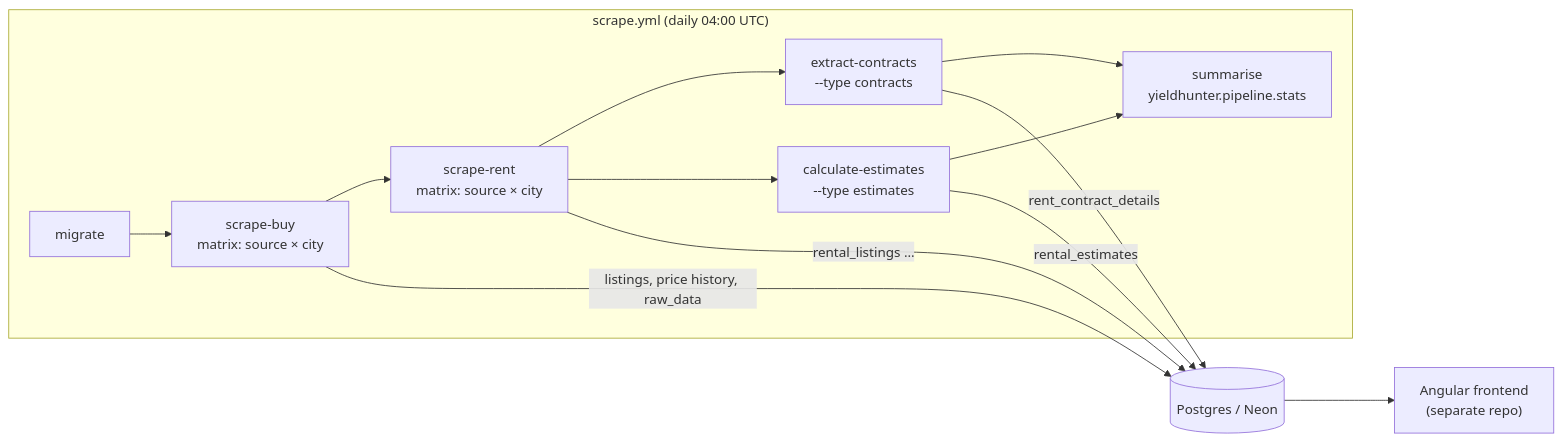
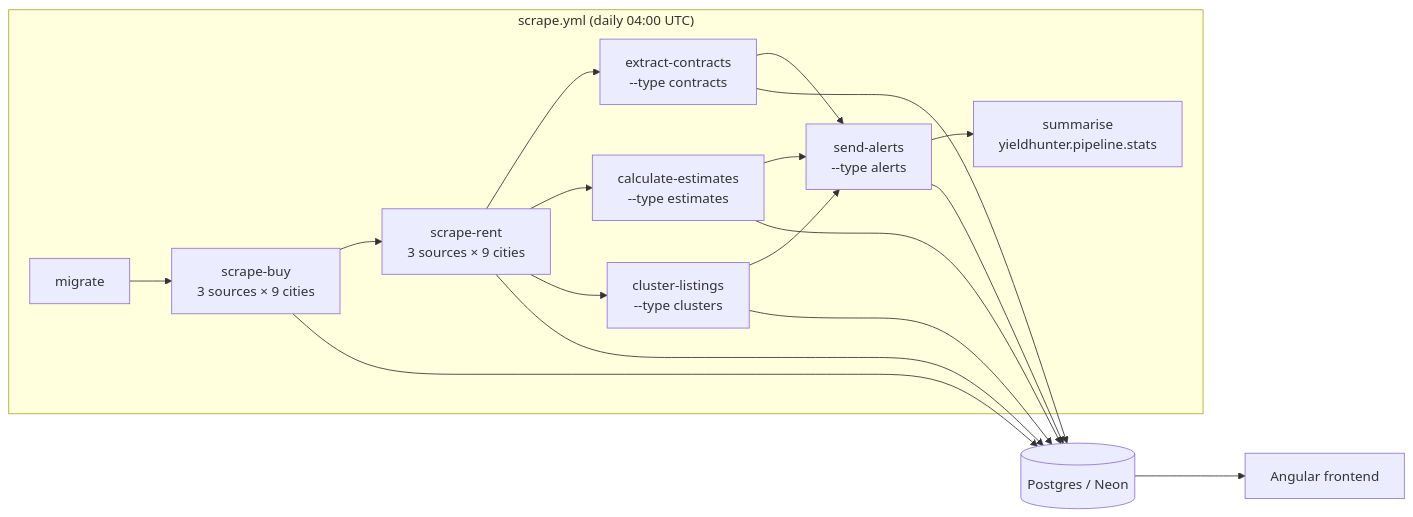
The diagram in docs/ARCHITECTURE.md (RPGPT/rental-yield-hunter), drawn with Mermaid before and after one commit. The commit also changed other lines of this file and 34 other files, not shown here.

Commit message:
Add Casa Sapo source, lease-upside metrics, price-drop signals, clustering, and alerts

````diff
--- a/docs/ARCHITECTURE.md
+++ b/docs/ARCHITECTURE.md
@@ -5,16 +5,21 @@
 ```mermaid
 flowchart LR
     subgraph Daily["scrape.yml (daily 04:00 UTC)"]
-        M[migrate] --> B["scrape-buy<br/>matrix: source × city"]
-        B --> R["scrape-rent<br/>matrix: source × city"]
+        M[migrate] --> B["scrape-buy<br/>3 sources × 9 cities"]
+        B --> R["scrape-rent<br/>3 sources × 9 cities"]
         R --> C["extract-contracts<br/>--type contracts"]
         R --> E["calculate-estimates<br/>--type estimates"]
-        C --> S["summarise<br/>yieldhunter.pipeline.stats"]
-        E --> S
+        R --> K["cluster-listings<br/>--type clusters"]
+        C --> A["send-alerts<br/>--type alerts"]
+        E --> A
+        K --> A
+        A --> S["summarise<br/>yieldhunter.pipeline.stats"]
     end
-    B -->|listings, price history, raw_data| DB[(Postgres / Neon)]
-    R -->|rental_listings ...| DB
-    C -->|rent_contract_details| DB
-    E -->|rental_estimates| DB
-    DB --> FE["Angular frontend<br/>(separate repo)"]
+    B --> DB[(Postgres / Neon)]
+    R --> DB
+    C --> DB
+    E --> DB
+    K --> DB
+    A --> DB
+    DB --> FE["Angular frontend"]
 ```
````
